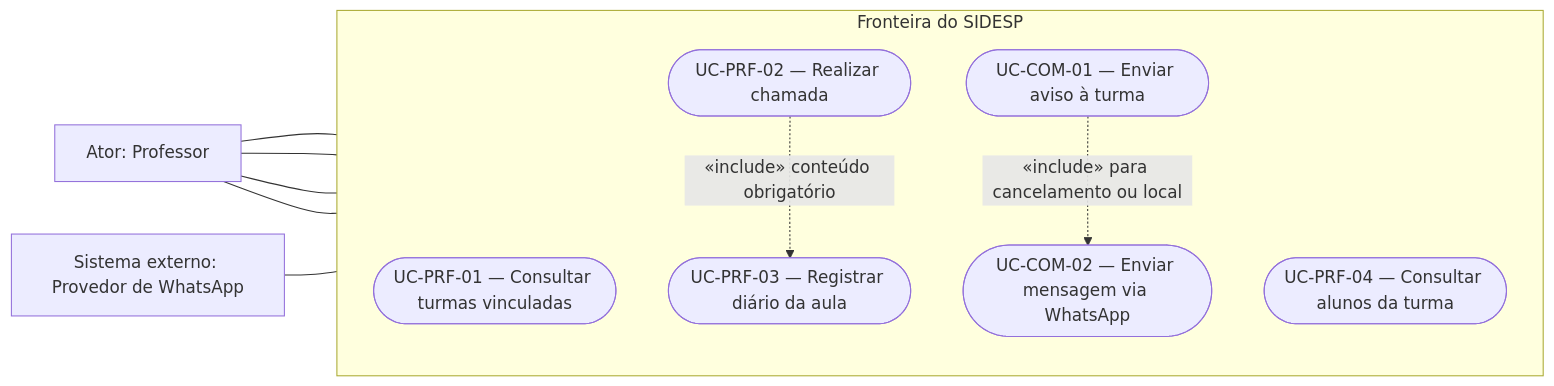
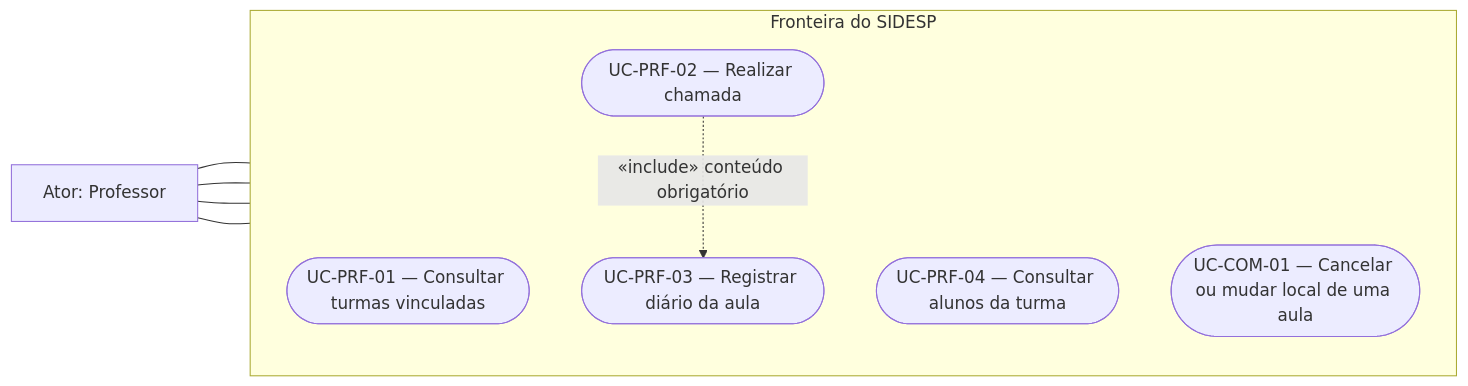
The third of 6 diagrams in docs/CASOS_DE_USO.md (HeitorLeite/SIDESP), drawn with Mermaid before and after one commit. The commit also changed other lines of this file and 3 other files, not shown here.

````diff
--- a/docs/CASOS_DE_USO.md
+++ b/docs/CASOS_DE_USO.md
@@ -147,23 +173,19 @@
 ```mermaid
 flowchart LR
     professor["Ator: Professor"]
-    whatsapp["Sistema externo: Provedor de WhatsApp"]
 
     subgraph sidesp["Fronteira do SIDESP"]
         direction TB
         prf01(["UC-PRF-01 — Consultar turmas vinculadas"])
         prf02(["UC-PRF-02 — Realizar chamada"])
         prf03(["UC-PRF-03 — Registrar diário da aula"])
         prf04(["UC-PRF-04 — Consultar alunos da turma"])
-        com01(["UC-COM-01 — Enviar aviso à turma"])
-        com02(["UC-COM-02 — Enviar mensagem via WhatsApp"])
+        com01(["UC-COM-01 — Cancelar ou mudar local de uma aula"])
     end
 
     professor --- prf01
     professor --- prf02
     professor --- prf04
     professor --- com01
     prf02 -. "«include» conteúdo obrigatório" .-> prf03
-    com01 -. "«include» para cancelamento ou local" .-> com02
-    whatsapp --- com02
 ```
````
